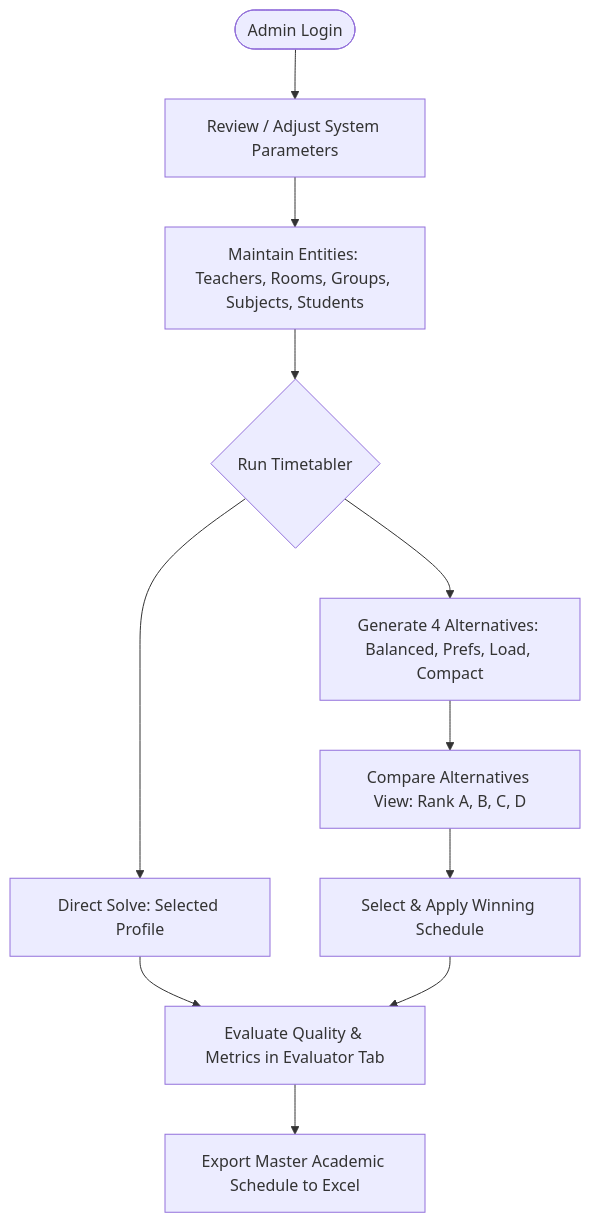
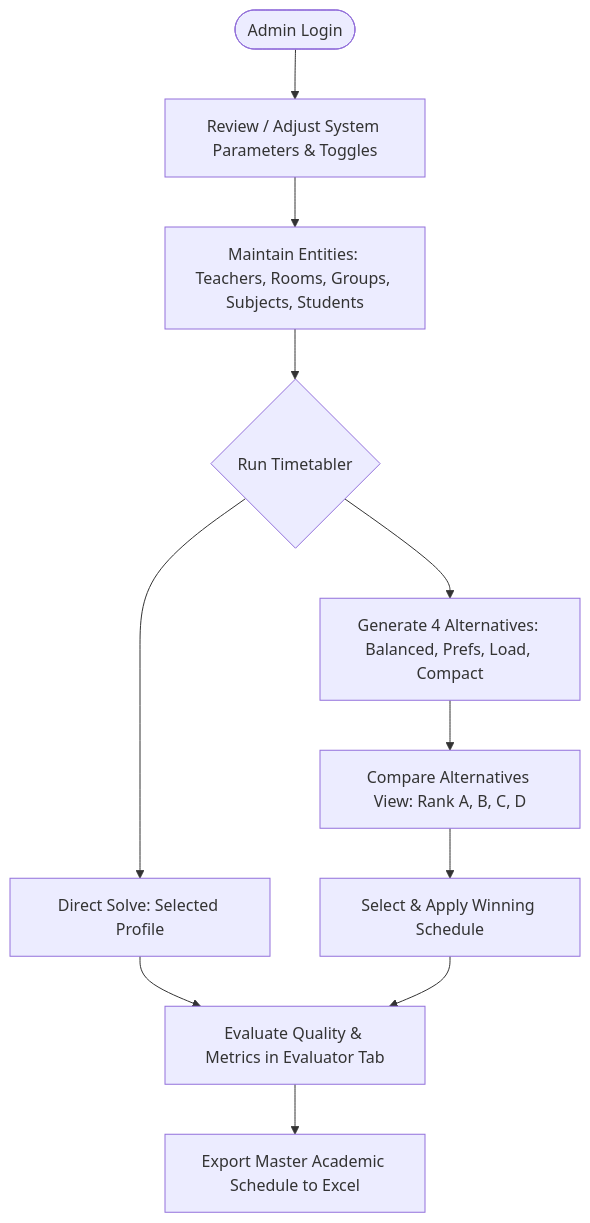
The first of 3 diagrams in openspec/specs/system-workflows.md (vranfe/optischedule), drawn with Mermaid before and after one commit. The commit also changed other lines of this file and 3 other files, not shown here.

````diff
--- a/openspec/specs/system-workflows.md
+++ b/openspec/specs/system-workflows.md
@@ -13,13 +13,13 @@
 ```mermaid
 flowchart TD
-    Login([Admin Login]) --> Config[Review / Adjust System Parameters]
+    Login([Admin Login]) --> Config[Review / Adjust System Parameters & Toggles]
     Config --> CRUD[Maintain Entities: Teachers, Rooms, Groups, Subjects, Students]
     CRUD --> MasterSolver{Run Timetabler}
     MasterSolver --> SingleRun[Direct Solve: Selected Profile]
     MasterSolver --> AltRun[Generate 4 Alternatives: Balanced, Prefs, Load, Compact]
     SingleRun --> Audit[Evaluate Quality & Metrics in Evaluator Tab]
     AltRun --> CompareCards[Compare Alternatives View: Rank A, B, C, D]
     CompareCards --> SelectBest[Select & Apply Winning Schedule]
     SelectBest --> Audit
     Audit --> ExportExcel[Export Master Academic Schedule to Excel]
 ```
````
